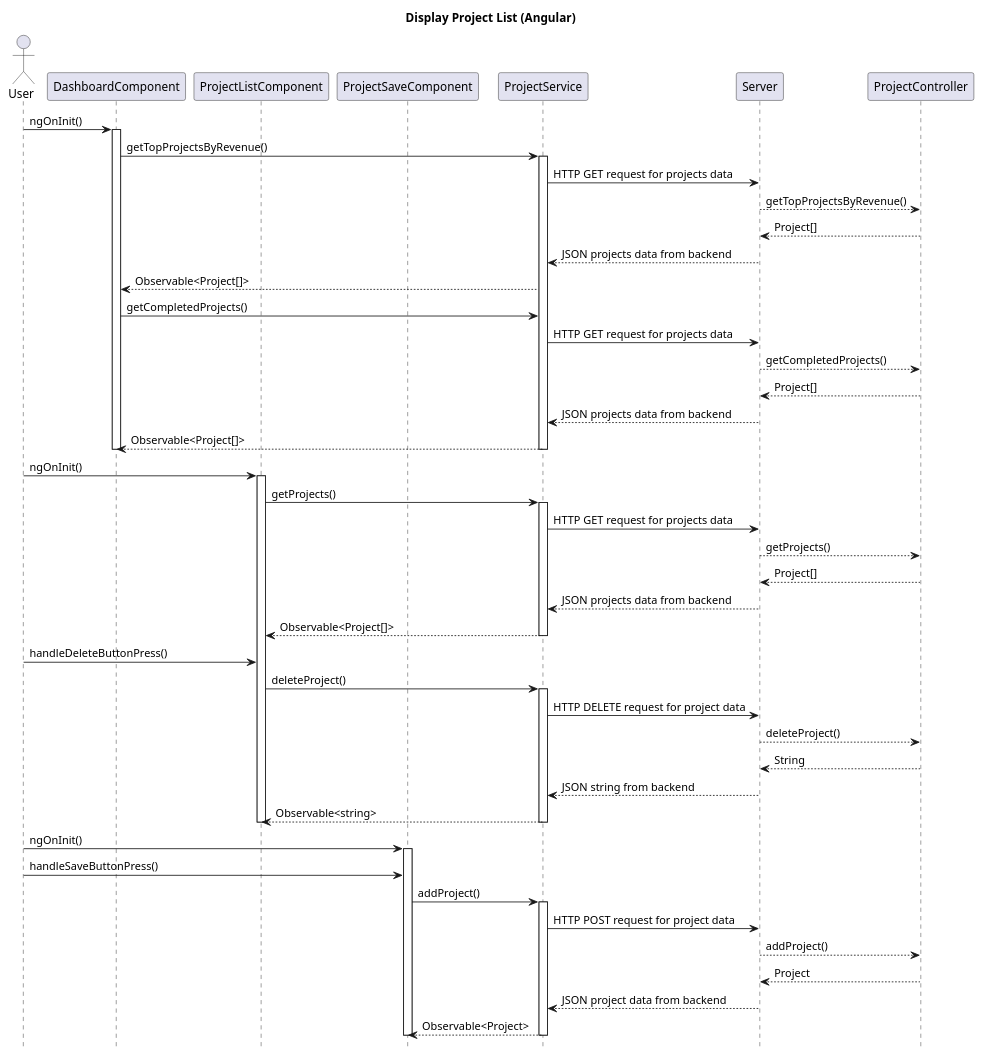
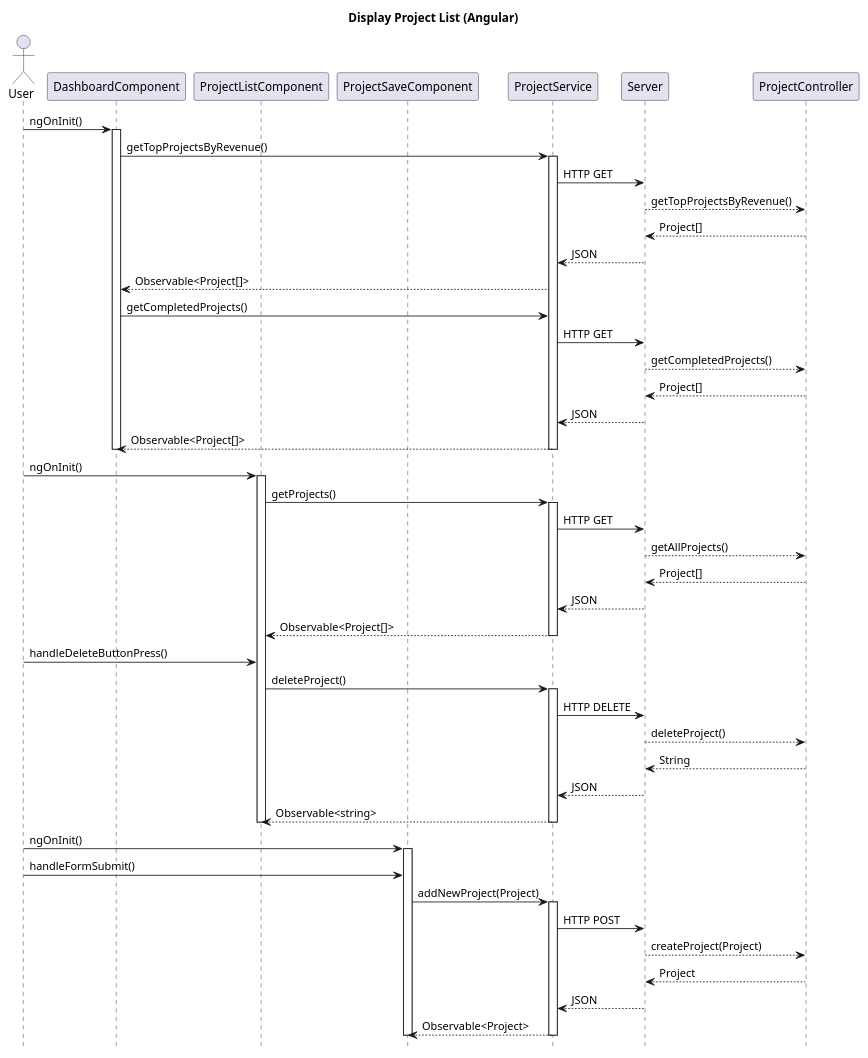
Before and after one commit to haturusinghe/project-dashboard-angular: the first of 4 diagrams in diagrams/updated-diagrams.md, drawn with PlantUML. The commit also changed other lines of this file and 4 other files, not shown here.

````diff
--- a/diagrams/updated-diagrams.md
+++ b/diagrams/updated-diagrams.md
@@ -7,81 +5,81 @@
 ```plantuml
 
 @startuml
 title Display Project List (Angular)
 hide footbox
 
 actor User
 participant DashboardComponent as DC
 
 participant ProjectListComponent as PLC
 
 participant ProjectSaveComponent as PSC
 
 participant ProjectService as PS
 participant Server as BE
 participant ProjectController as PC
 
 User -> DC: ngOnInit()
 activate DC
 DC -> PS: getTopProjectsByRevenue()
 activate PS
-PS -> BE: HTTP GET request for projects data
+PS -> BE: HTTP GET 
 BE --> PC: getTopProjectsByRevenue()
 PC --> BE: Project[]
-BE --> PS: JSON projects data from backend
+BE --> PS: JSON 
 PS --> DC: Observable<Project[]>
 
 
 DC -> PS: getCompletedProjects()
-PS -> BE: HTTP GET request for projects data
+PS -> BE: HTTP GET 
 BE --> PC: getCompletedProjects()
 PC --> BE: Project[]
-BE --> PS: JSON projects data from backend
+BE --> PS: JSON 
 PS --> DC: Observable<Project[]>
 deactivate PS
 deactivate DC
 
 
 User -> PLC: ngOnInit()
 activate PLC
 PLC -> PS: getProjects()
 activate PS
-PS -> BE: HTTP GET request for projects data
-BE --> PC: getProjects()
+PS -> BE: HTTP GET 
+BE --> PC: getAllProjects()
 PC --> BE: Project[]
-BE --> PS: JSON projects data from backend
+BE --> PS: JSON 
 PS --> PLC: Observable<Project[]>
 deactivate PS
 
 User -> PLC: handleDeleteButtonPress()
 PLC -> PS: deleteProject()
 activate PS
-PS -> BE: HTTP DELETE request for project data
+PS -> BE: HTTP DELETE 
 BE --> PC: deleteProject()
 PC --> BE: String
-BE --> PS: JSON string from backend
+BE --> PS: JSON 
 PS --> PLC: Observable<string>
 deactivate PS
 
 deactivate PLC
 
 User -> PSC: ngOnInit()
 activate PSC
-User -> PSC: handleSaveButtonPress()
-PSC -> PS: addProject()
+User -> PSC: handleFormSubmit()
+PSC -> PS: addNewProject(Project)
 activate PS
-PS -> BE: HTTP POST request for project data
-BE --> PC: addProject()
+PS -> BE: HTTP POST 
+BE --> PC: createProject(Project)
 PC --> BE: Project
-BE --> PS: JSON project data from backend
+BE --> PS: JSON 
 PS --> PSC: Observable<Project>
 deactivate PS
 
 deactivate PSC
 
 
 
 
 @enduml
 
 ```
````
